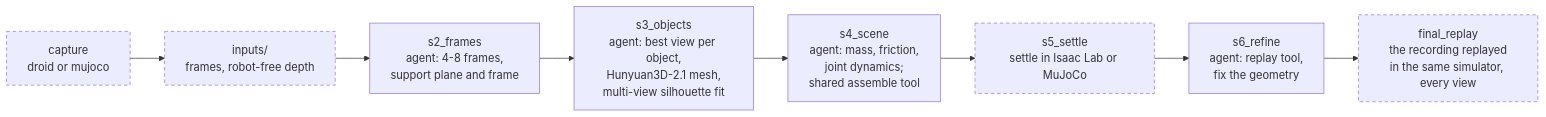
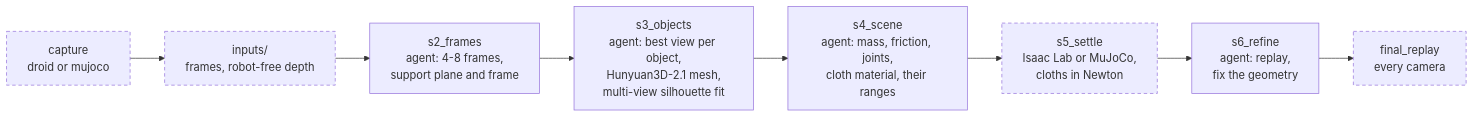
The second of 2 diagrams in README.md (weiqianwang123/R2S2R), drawn with Mermaid before and after one commit. The commit also changed other lines of this file, not shown here.

````diff
--- a/README.md
+++ b/README.md
@@ -69,12 +64,12 @@
 ```mermaid
 flowchart LR
   cap["capture<br/>droid or mujoco"] --> inp["inputs/<br/>frames, robot-free depth"]
   inp --> s2["s2_frames<br/>agent: 4-8 frames,<br/>support plane and frame"]
   s2 --> s3["s3_objects<br/>agent: best view per object,<br/>Hunyuan3D-2.1 mesh,<br/>multi-view silhouette fit"]
-  s3 --> s4["s4_scene<br/>agent: mass, friction,<br/>joint dynamics;<br/>shared assemble tool"]
-  s4 --> s5["s5_settle<br/>settle in Isaac Lab or MuJoCo"]
-  s5 --> s6["s6_refine<br/>agent: replay tool,<br/>fix the geometry"]
-  s6 --> fr["final_replay<br/>the recording replayed<br/>in the same simulator, every view"]
+  s3 --> s4["s4_scene<br/>agent: mass, friction, joints,<br/>cloth material, their ranges"]
+  s4 --> s5["s5_settle<br/>Isaac Lab or MuJoCo,<br/>cloths in Newton"]
+  s5 --> s6["s6_refine<br/>agent: replay,<br/>fix the geometry"]
+  s6 --> fr["final_replay<br/>every camera"]
   class cap,inp,s5,fr shared
   classDef shared stroke-dasharray: 5 4
 ```
````
